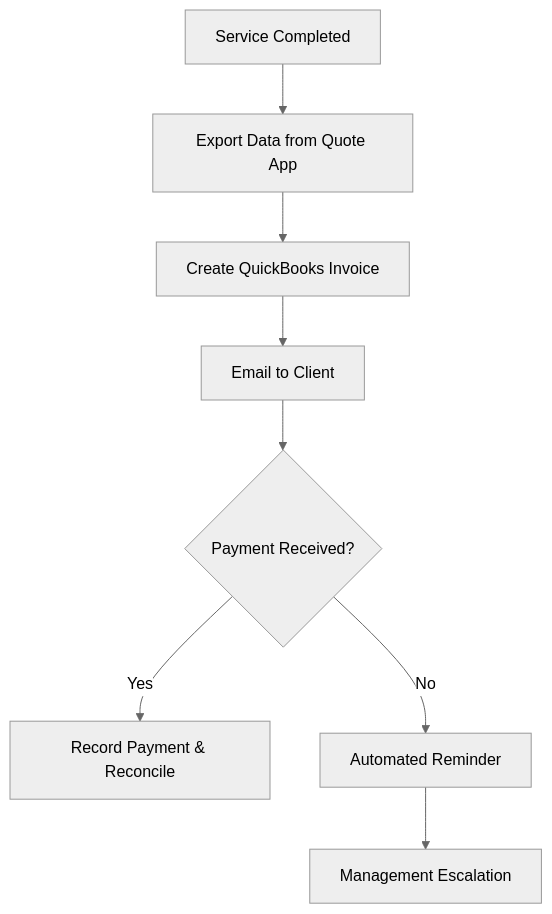
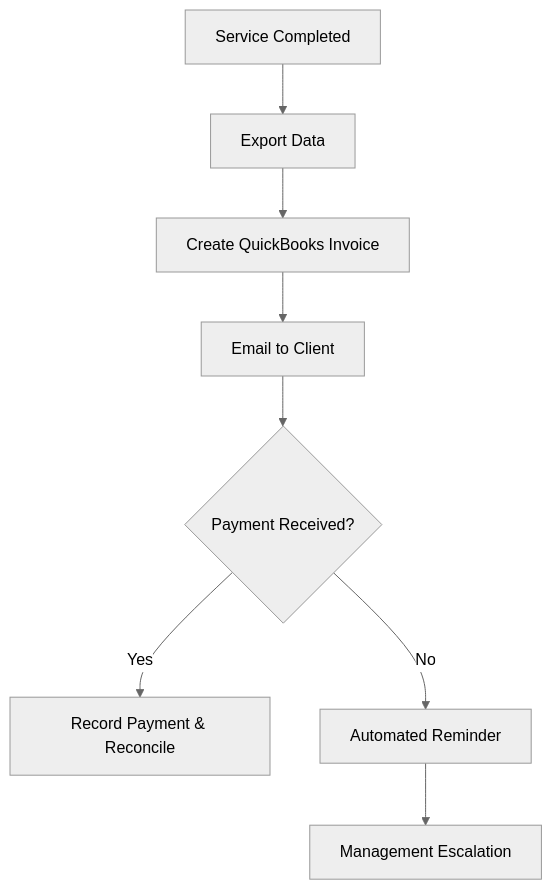
The diagram in HWB-COMPANY/HWB-ACCOUNTING/HWB-ACC-002 Accounts Receivable SOP.md (Humbertoed11/hwb-institutional-website), drawn with Mermaid (neutral theme) before and after one commit. The commit also changed other lines of this file and 236 other files, not shown here.

````diff
--- a/HWB-COMPANY/HWB-ACCOUNTING/HWB-ACC-002 Accounts Receivable SOP.md
+++ b/HWB-COMPANY/HWB-ACCOUNTING/HWB-ACC-002 Accounts Receivable SOP.md
@@ -45,10 +51,10 @@
 ```mermaid
 graph TD
-    A[Service Completed] --> B[Export Data from Quote App]
+    A[Service Completed] --> B[Export Data]
     B --> C[Create QuickBooks Invoice]
     C --> D[Email to Client]
     D --> E{Payment Received?}
     E -- Yes --> F[Record Payment & Reconcile]
     E -- No --> G[Automated Reminder]
     G --> H[Management Escalation]
 ```
````
